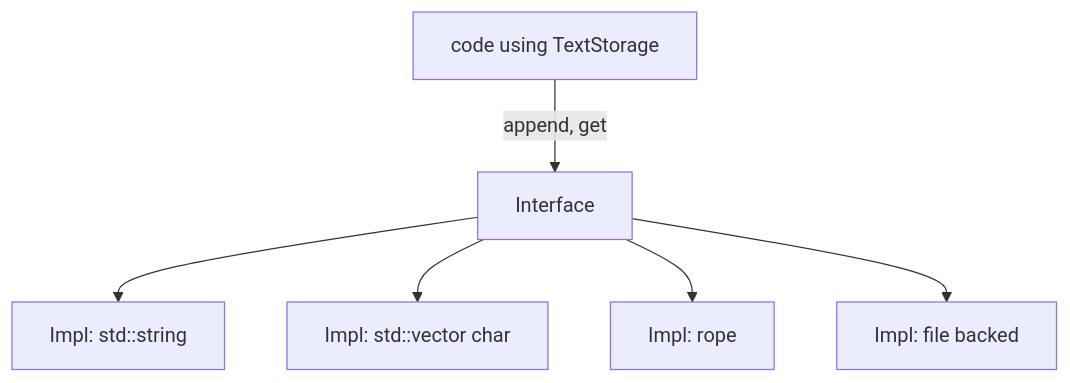
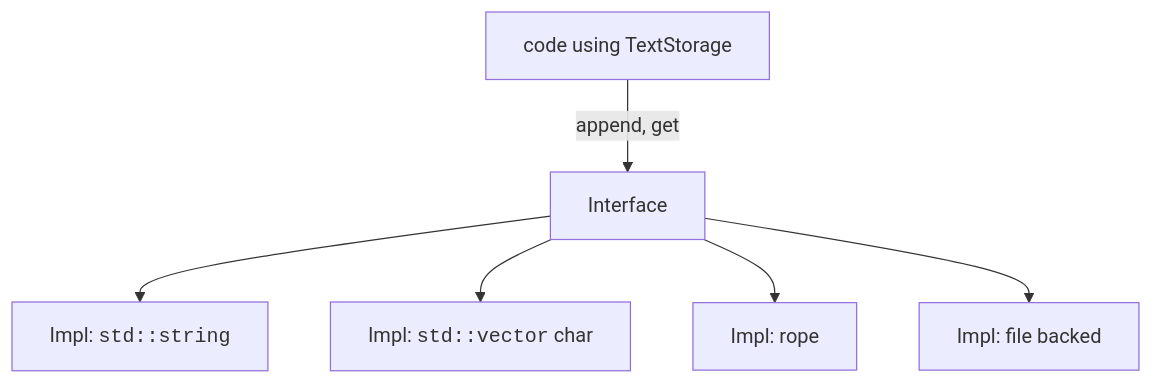
One commit to dataslope/dataslope changed the second of 2 diagrams in content/learn/from-zero-to-cpp/encapsulation-and-abstraction.mdx. Above: the diagram before and after it, drawn with Mermaid. The commit also changed 153 other files, not shown here.

First line of the commit message:
Render code-only mermaid shapes in monospace; convert step sequences to Steps

````diff
--- a/content/learn/from-zero-to-cpp/encapsulation-and-abstraction.mdx
+++ b/content/learn/from-zero-to-cpp/encapsulation-and-abstraction.mdx
@@ -91,8 +91,8 @@
 ```mermaid
 flowchart TB
     UI[code using TextStorage] -->|append, get| I[Interface]
-    I --> A[Impl: std::string]
-    I --> B[Impl: std::vector char ]
+    I --> A["Impl: <code>std::string</code>"]
+    I --> B["Impl: <code>std::vector</code> char "]
     I --> C[Impl: rope]
     I --> D[Impl: file backed]
 ```
````
